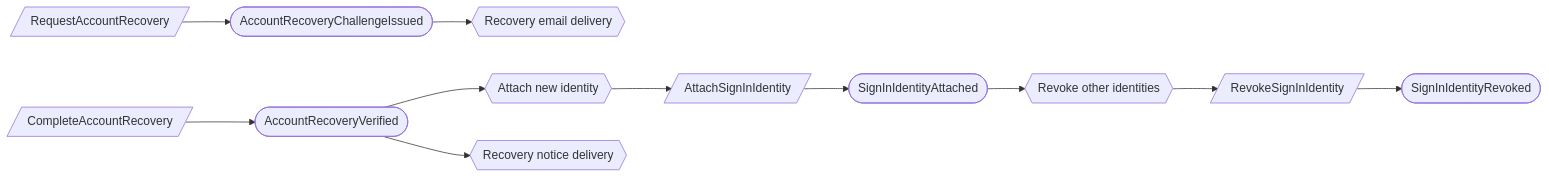
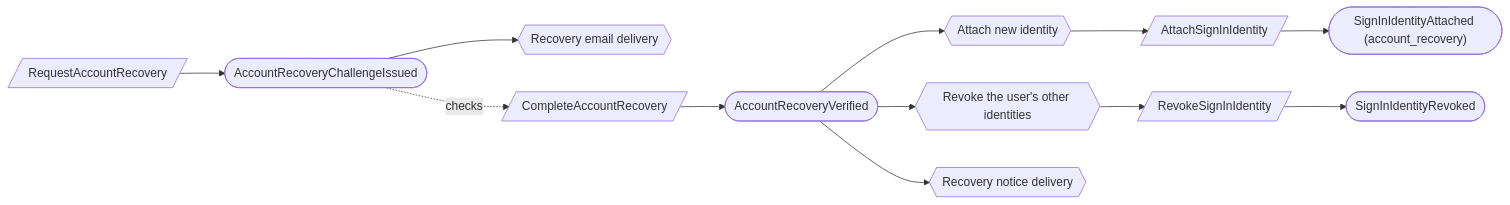
One commit to bdgrz/compliance-core changed the eighth of 11 diagrams in docs/proposed/contexts/platform-access.md. Above: the diagram before and after it, drawn with Mermaid. The commit also changed other lines of this file and 310 other files, not shown here.

````diff
--- a/docs/proposed/contexts/platform-access.md
+++ b/docs/proposed/contexts/platform-access.md
@@ -480,9 +581,9 @@
 ```mermaid
 flowchart LR
     C1[/RequestAccountRecovery/] --> E1([AccountRecoveryChallengeIssued])
     E1 --> P1{{Recovery email delivery}}
-    C2[/CompleteAccountRecovery/] --> E2([AccountRecoveryVerified])
-    E2 --> R1{{Attach new identity}} --> C3[/AttachSignInIdentity/] --> E3([SignInIdentityAttached])
-    E3 --> R2{{Revoke other identities}} --> C4[/RevokeSignInIdentity/] --> E4([SignInIdentityRevoked])
+    E1 -. checks .-> C2[/CompleteAccountRecovery/] --> E2([AccountRecoveryVerified])
+    E2 --> R1{{Attach new identity}} --> C3[/AttachSignInIdentity/] --> E3(["SignInIdentityAttached (account_recovery)"])
+    E2 --> R2{{Revoke the user's other identities}} --> C4[/RevokeSignInIdentity/] --> E4([SignInIdentityRevoked])
     E2 --> P2{{Recovery notice delivery}}
 ```
````
